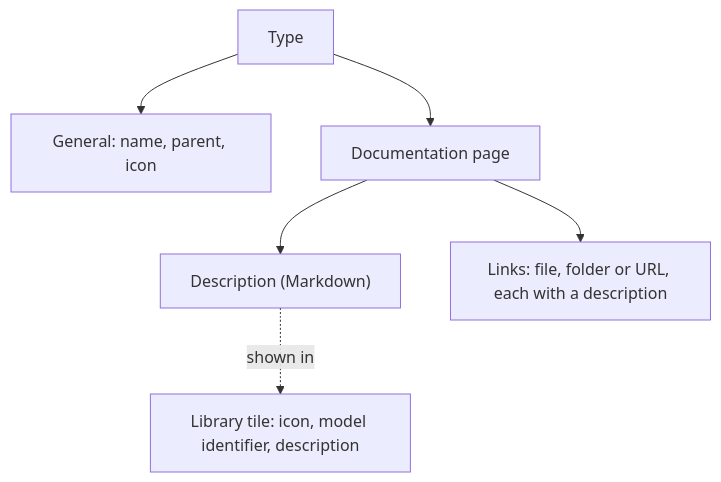
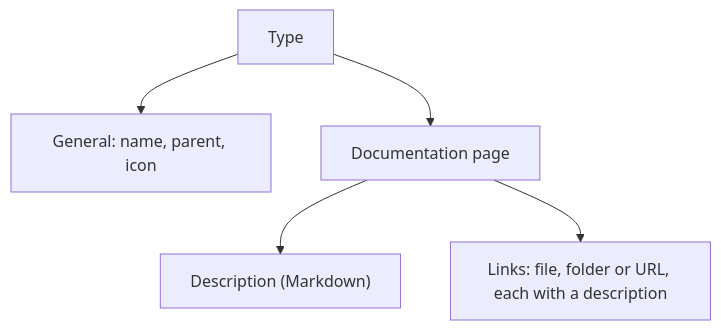
One commit to AlexandreGallais/synoptic-studio-spec changed the first of 3 diagrams in metadata/03-documentation.md. Above: the diagram before and after it, drawn with Mermaid. The commit also changed other lines of this file and 20 other files, not shown here.

````diff
--- a/metadata/03-documentation.md
+++ b/metadata/03-documentation.md
@@ -21,8 +21,7 @@
 ```mermaid
 flowchart TD
     T[Type] --> G["General: name, parent, icon"]
     T --> D[Documentation page]
     D --> D1["Description (Markdown)"]
     D --> D2["Links: file, folder or URL, each with a description"]
-    D1 -.->|"shown in"| Tile["Library tile: icon, model identifier, description"]
 ```
````
